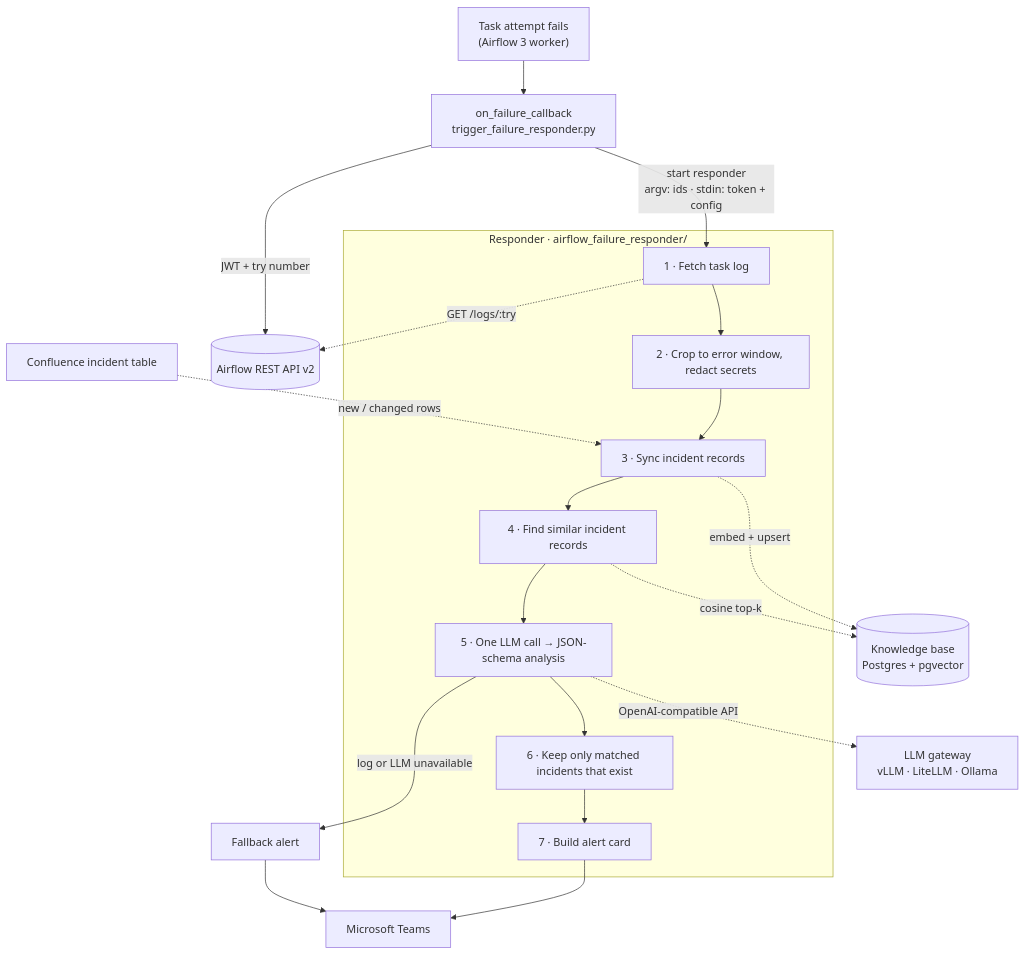
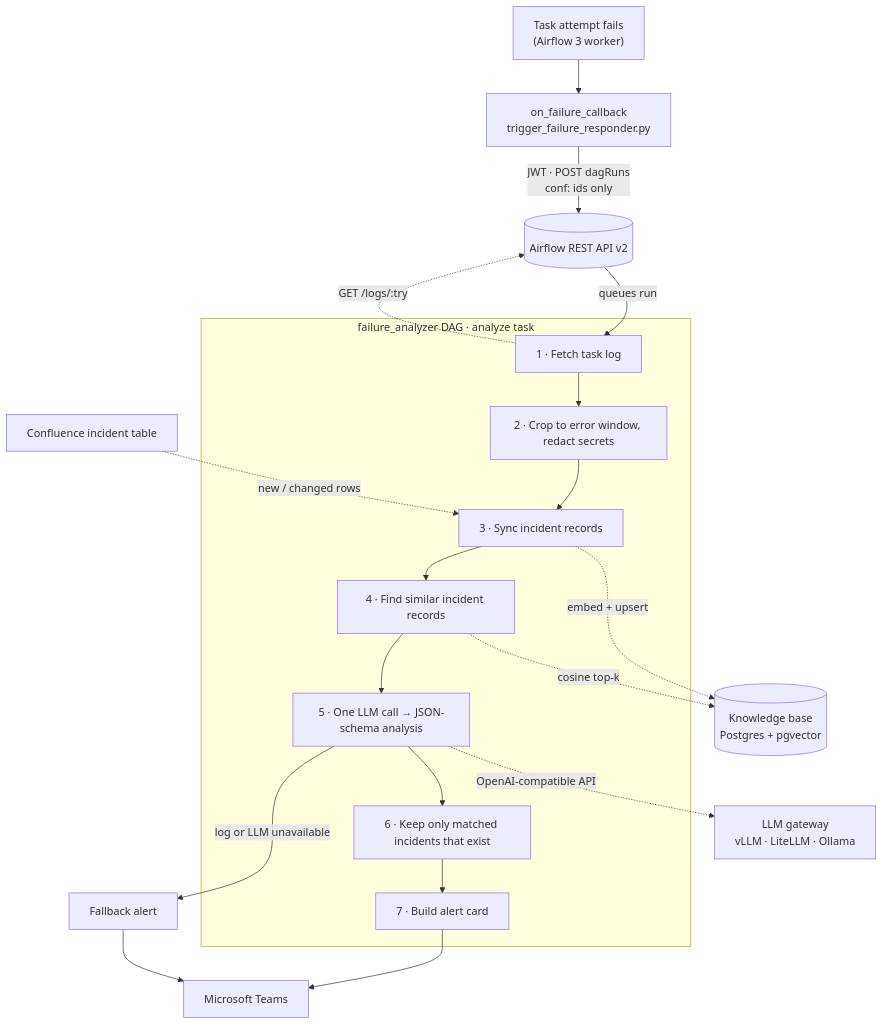
One commit to simsektalha/airflow-alert-system changed the diagram in README.md. Above: the diagram before and after it, drawn with Mermaid. The commit also changed other lines of this file and 5 other files, not shown here.

First line of the commit message:
feat: callback triggers failure_analyzer DAG instead of a detached process

````diff
--- a/README.md
+++ b/README.md
@@ -11,23 +11,23 @@
 ```mermaid
 flowchart TB
     fail["Task attempt fails<br/>(Airflow 3 worker)"] --> cb["on_failure_callback<br/>trigger_failure_responder.py"]
-    cb -- "JWT + try number" --> api[("Airflow REST API v2")]
-    cb -- "start responder<br/>argv: ids · stdin: token + config" --> fetch
+    cb -- "JWT · POST dagRuns<br/>conf: ids only" --> api[("Airflow REST API v2")]
+    api -- "queues run" --> fetch
 
-    subgraph responder["Responder · airflow_failure_responder/"]
+    subgraph responder["failure_analyzer DAG · analyze task"]
         fetch["1 · Fetch task log"] --> crop["2 · Crop to error window, redact secrets"]
         crop --> sync["3 · Sync incident records"]
         sync --> find["4 · Find similar incident records"]
         find --> llm["5 · One LLM call → JSON-schema analysis"]
         llm --> map["6 · Keep only matched incidents that exist"]
         map --> card["7 · Build alert card"]
     end
 
     fetch -. "GET /logs/:try" .-> api
     conf["Confluence incident table"] -. "new / changed rows" .-> sync
     sync -. "embed + upsert" .-> kb[("Knowledge base<br/>Postgres + pgvector")]
     find -. "cosine top-k" .-> kb
     llm -. "OpenAI-compatible API" .-> gw["LLM gateway<br/>vLLM · LiteLLM · Ollama"]
     card --> teams["Microsoft Teams"]
     llm -- "log or LLM unavailable" --> fb["Fallback alert"] --> teams
 ```
````
